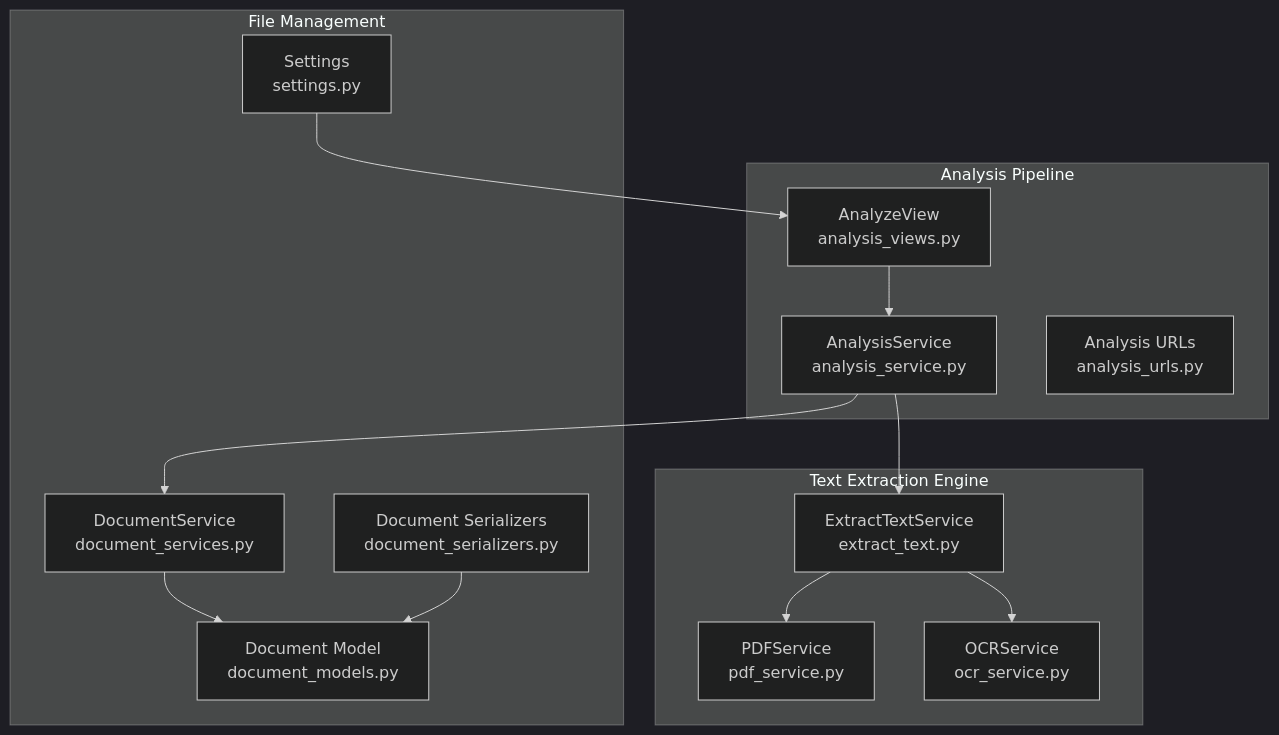
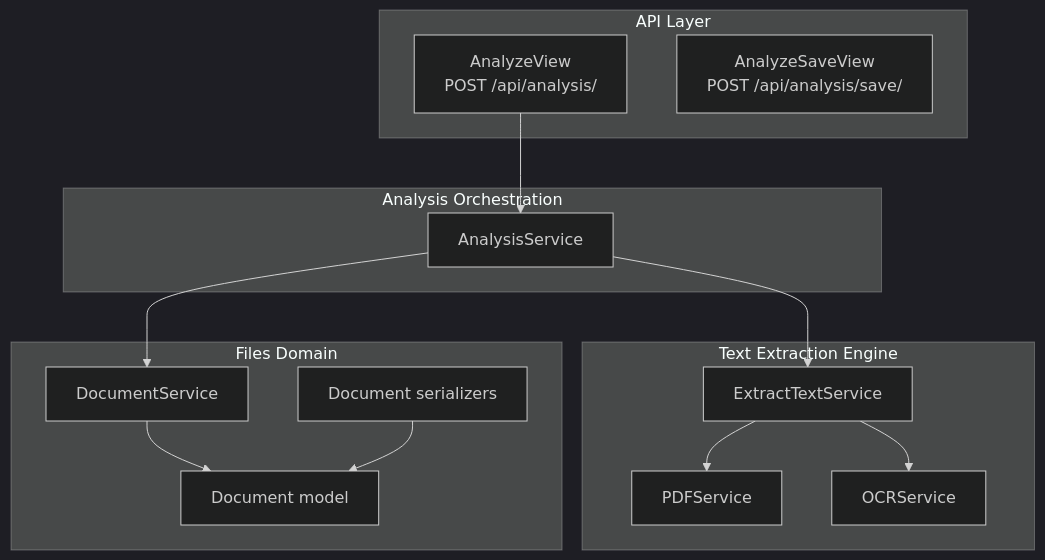
One commit to HamzaHindo/veritasshield changed the first of 4 diagrams in backend/.qoder/repowiki/en/content/Text Extraction Engine/Multi-Format Text Extraction.md. Above: the diagram before and after it, drawn with Mermaid (dark theme). The commit also changed other lines of this file and 49 other files, not shown here.

````diff
--- a/backend/.qoder/repowiki/en/content/Text Extraction Engine/Multi-Format Text Extraction.md
+++ b/backend/.qoder/repowiki/en/content/Text Extraction Engine/Multi-Format Text Extraction.md
@@ -40,27 +40,27 @@
 ```mermaid
 graph TB
+subgraph "API Layer"
+AV["AnalyzeView<br/>POST /api/analysis/"]
+ASV["AnalyzeSaveView<br/>POST /api/analysis/save/"]
+end
+subgraph "Analysis Orchestration"
+AS["AnalysisService"]
+end
 subgraph "Text Extraction Engine"
-ETS["ExtractTextService<br/>extract_text.py"]
-PDF["PDFService<br/>pdf_service.py"]
-OCR["OCRService<br/>ocr_service.py"]
+ETS["ExtractTextService"]
+PDFS["PDFService"]
+OCRS["OCRService"]
 end
-subgraph "Analysis Pipeline"
-AS["AnalysisService<br/>analysis_service.py"]
-AV["AnalyzeView<br/>analysis_views.py"]
-AU["Analysis URLs<br/>analysis_urls.py"]
-end
-subgraph "File Management"
-DS["DocumentService<br/>document_services.py"]
-DM["Document Model<br/>document_models.py"]
-DSR["Document Serializers<br/>document_serializers.py"]
-ST["Settings<br/>settings.py"]
+subgraph "Files Domain"
+DS["DocumentService"]
+DM["Document model"]
+DSR["Document serializers"]
 end
 AV --> AS
 AS --> DS
 AS --> ETS
-ETS --> PDF
-ETS --> OCR
+ETS --> PDFS
+ETS --> OCRS
 DS --> DM
 DSR --> DM
-ST --> AV
 ```
````
